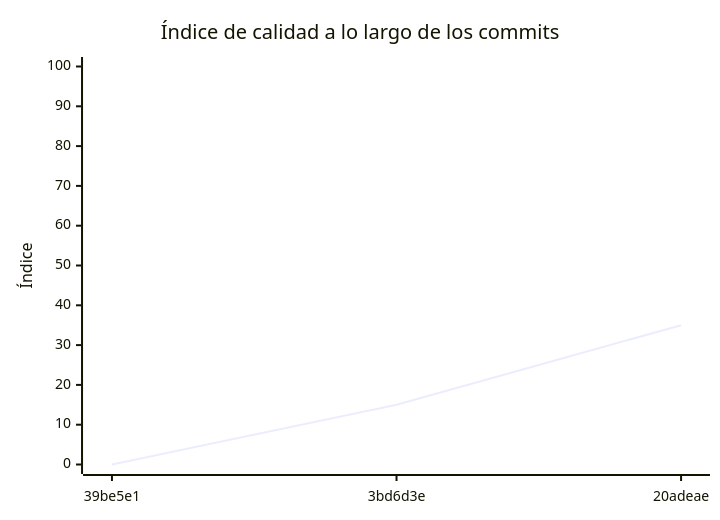
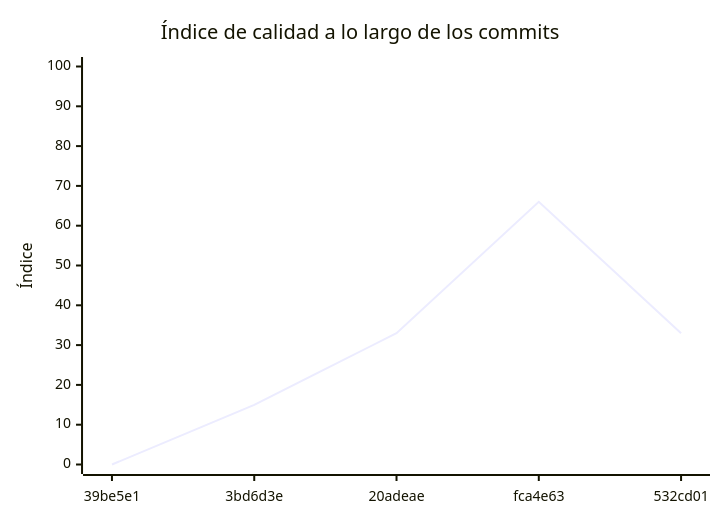
Before and after one commit to prog2rupcic/backend-turnos: the diagram in docs/EVALUACION.md, drawn with Mermaid. The commit also changed other lines of this file and 1 other file, not shown here.

````diff
--- a/docs/EVALUACION.md
+++ b/docs/EVALUACION.md
@@ -131,7 +131,7 @@
 ```mermaid
 xychart-beta
     title "Índice de calidad a lo largo de los commits"
-    x-axis ["39be5e1", "3bd6d3e", "20adeae"]
+    x-axis ["39be5e1", "3bd6d3e", "20adeae", "fca4e63", "532cd01"]
     y-axis "Índice" 0 --> 100
-    line [0, 15, 35]
+    line [0, 15, 33, 66, 33]
 ```
````
